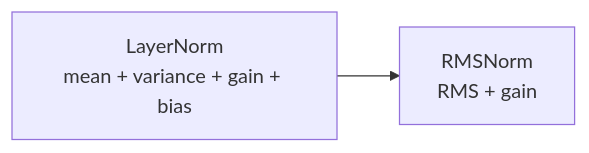
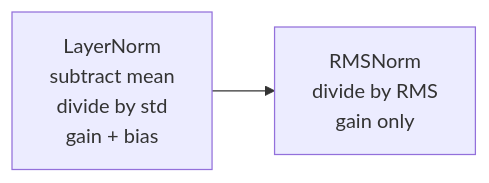
Before and after one commit to Lewis-Xinyu/gpt2-to-2026: the seventh of 9 diagrams in docs/architecture_roadmap.md, drawn with Mermaid. The commit also changed other lines of this file and 1 other file, not shown here.

Commit message:
Expand bilingual roadmap documentation

````diff
--- a/docs/architecture_roadmap.md
+++ b/docs/architecture_roadmap.md
@@ -108,6 +169,6 @@
 ```mermaid
 flowchart LR
-    LN["LayerNorm<br/>mean + variance + gain + bias"]
-    RMS["RMSNorm<br/>RMS + gain"]
+    LN["LayerNorm<br/>subtract mean<br/>divide by std<br/>gain + bias"]
+    RMS["RMSNorm<br/>divide by RMS<br/>gain only"]
     LN --> RMS
 ```
````
